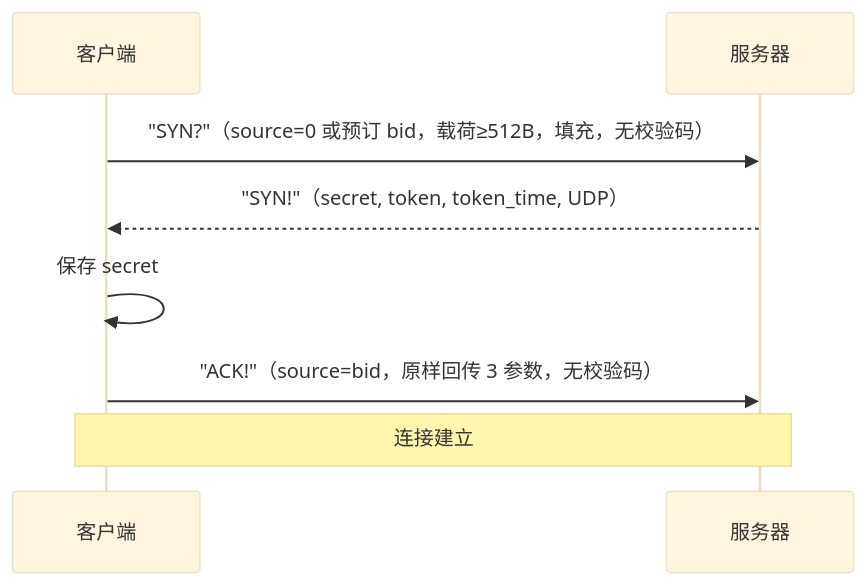
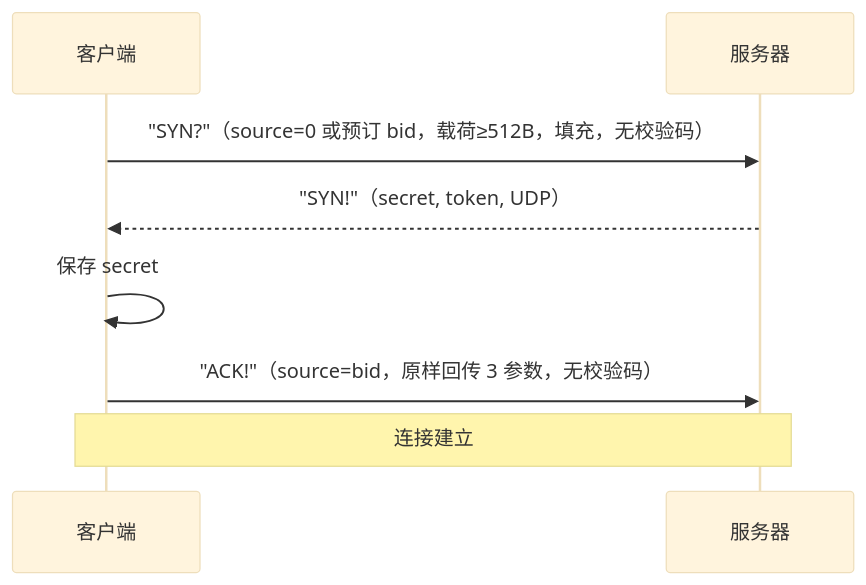
One commit to moky/magpie changed the second of 4 diagrams in docs/client.md. Above: the diagram before and after it, drawn with Mermaid (base theme). The commit also changed other lines of this file and 22 other files, not shown here.

````diff
--- a/docs/client.md
+++ b/docs/client.md
@@ -142,11 +142,11 @@
 ```mermaid
 sequenceDiagram
     participant C as 客户端
     participant S as 服务器
 
     C->>S: "SYN?"（source=0 或预订 bid，载荷≥512B，填充，无校验码）
-    S-->>C: "SYN!"（secret, token, token_time, UDP）
+    S-->>C: "SYN!"（secret, token, UDP）
     C->>C: 保存 secret
     C->>S: "ACK!"（source=bid，原样回传 3 参数，无校验码）
     Note over C,S: 连接建立
 ```
````
